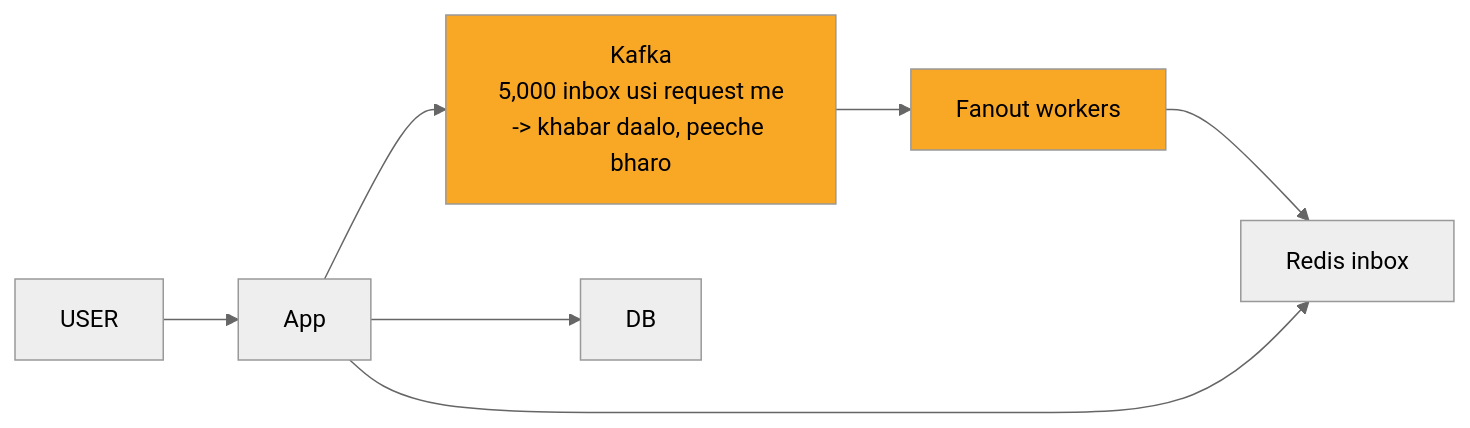
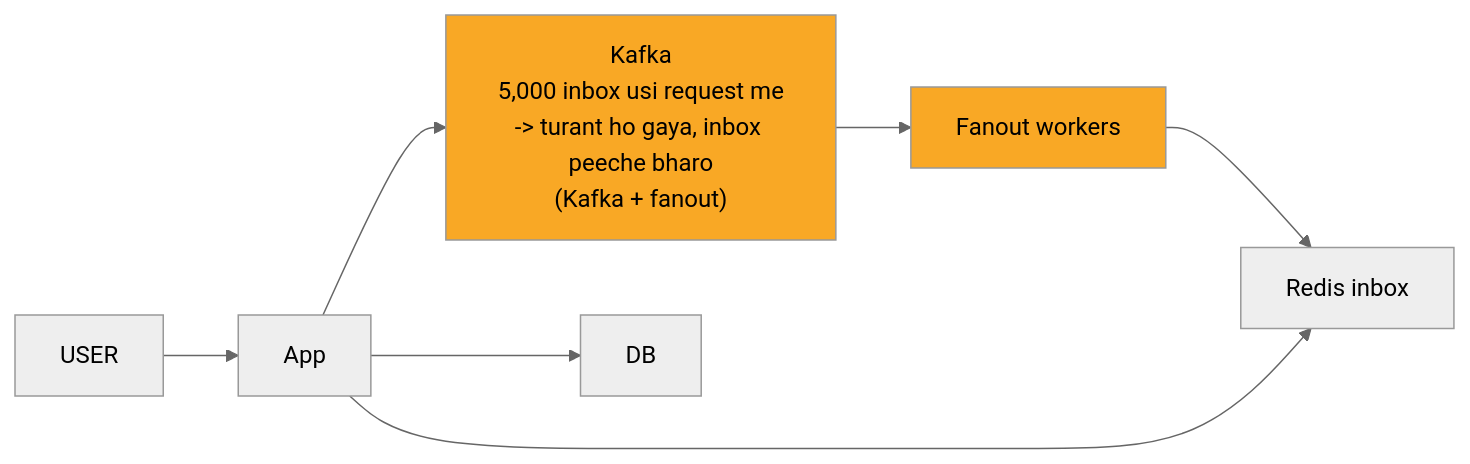
The third of 12 diagrams in 04_HLD/SYSTEM_DESIGNS/03_twitter_feed/03_twitter_feed.md (ArpanMaheshwari144/Prep), drawn with Mermaid (neutral theme) before and after one commit. The commit also changed other lines of this file and 13 other files, not shown here.

````diff
--- a/04_HLD/SYSTEM_DESIGNS/03_twitter_feed/03_twitter_feed.md
+++ b/04_HLD/SYSTEM_DESIGNS/03_twitter_feed/03_twitter_feed.md
@@ -134,17 +134,17 @@
 ```mermaid
 flowchart LR
     n_USER["USER"]
     n_App["App"]
-    n_Kafka["Kafka<br/>5,000 inbox usi request me<br/>-> khabar daalo, peeche bharo"]
+    n_Kafka["Kafka<br/>5,000 inbox usi request me<br/>-> turant ho gaya, inbox peeche bharo<br/>(Kafka + fanout)"]
     n_Fanout_workers["Fanout workers"]
     n_Redis_inbox["Redis inbox"]
     n_DB["DB"]
     n_USER --> n_App
     n_App --> n_Kafka
     n_App --> n_DB
     n_Kafka --> n_Fanout_workers
     n_Fanout_workers --> n_Redis_inbox
     n_App --> n_Redis_inbox
     style n_Kafka fill:#f9a825,color:#000
     style n_Fanout_workers fill:#f9a825,color:#000
 ```
````
